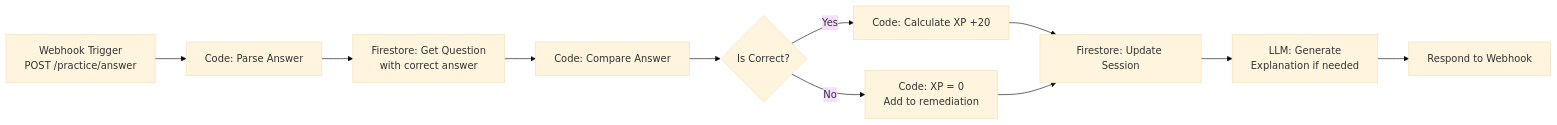
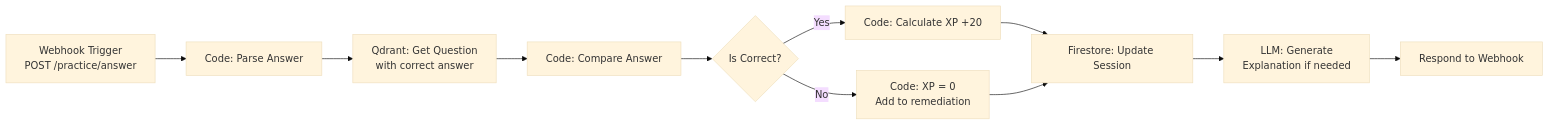
Before and after one commit to sam-cruzz/knowledgehunt: the seventh of 9 diagrams in README.md, drawn with Mermaid (base theme). The commit also changed other lines of this file, not shown here.

First line of the commit message:
Integrate Qdrant for question storage and retrieval

````diff
--- a/README.md
+++ b/README.md
@@ -573,13 +613,13 @@
 ```mermaid
 flowchart LR
     A[Webhook Trigger<br/>POST /practice/answer] --> B[Code: Parse Answer]
-    B --> C[Firestore: Get Question<br/>with correct answer]
+    B --> C[Qdrant: Get Question<br/>with correct answer]
     C --> D[Code: Compare Answer]
     D --> E{Is Correct?}
     E -->|Yes| F[Code: Calculate XP +20]
     E -->|No| G[Code: XP = 0<br/>Add to remediation]
     F --> H[Firestore: Update Session]
     G --> H
     H --> I[LLM: Generate<br/>Explanation if needed]
     I --> J[Respond to Webhook]
 ```
````
